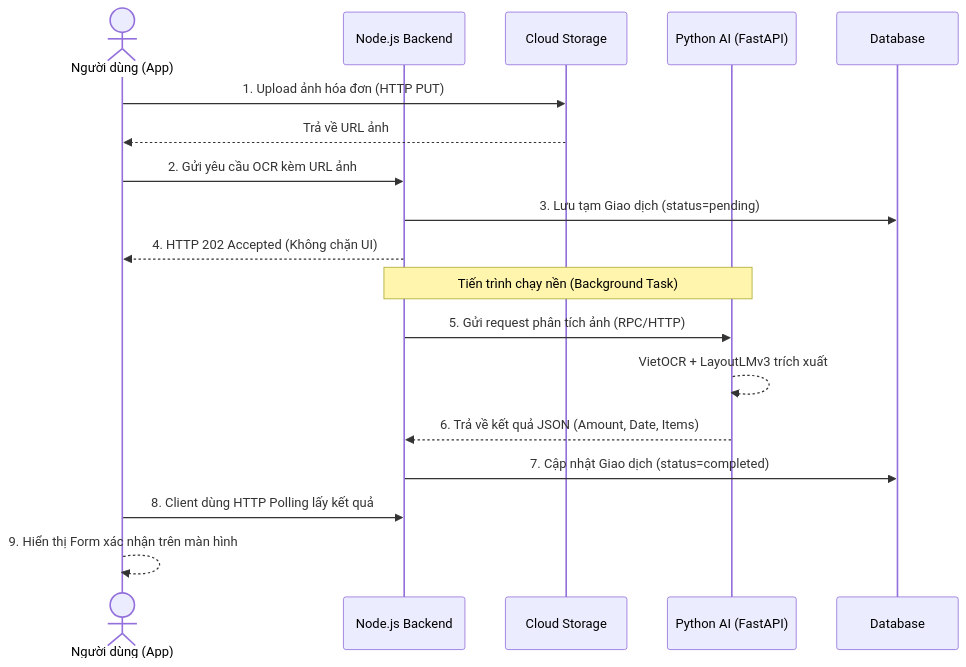
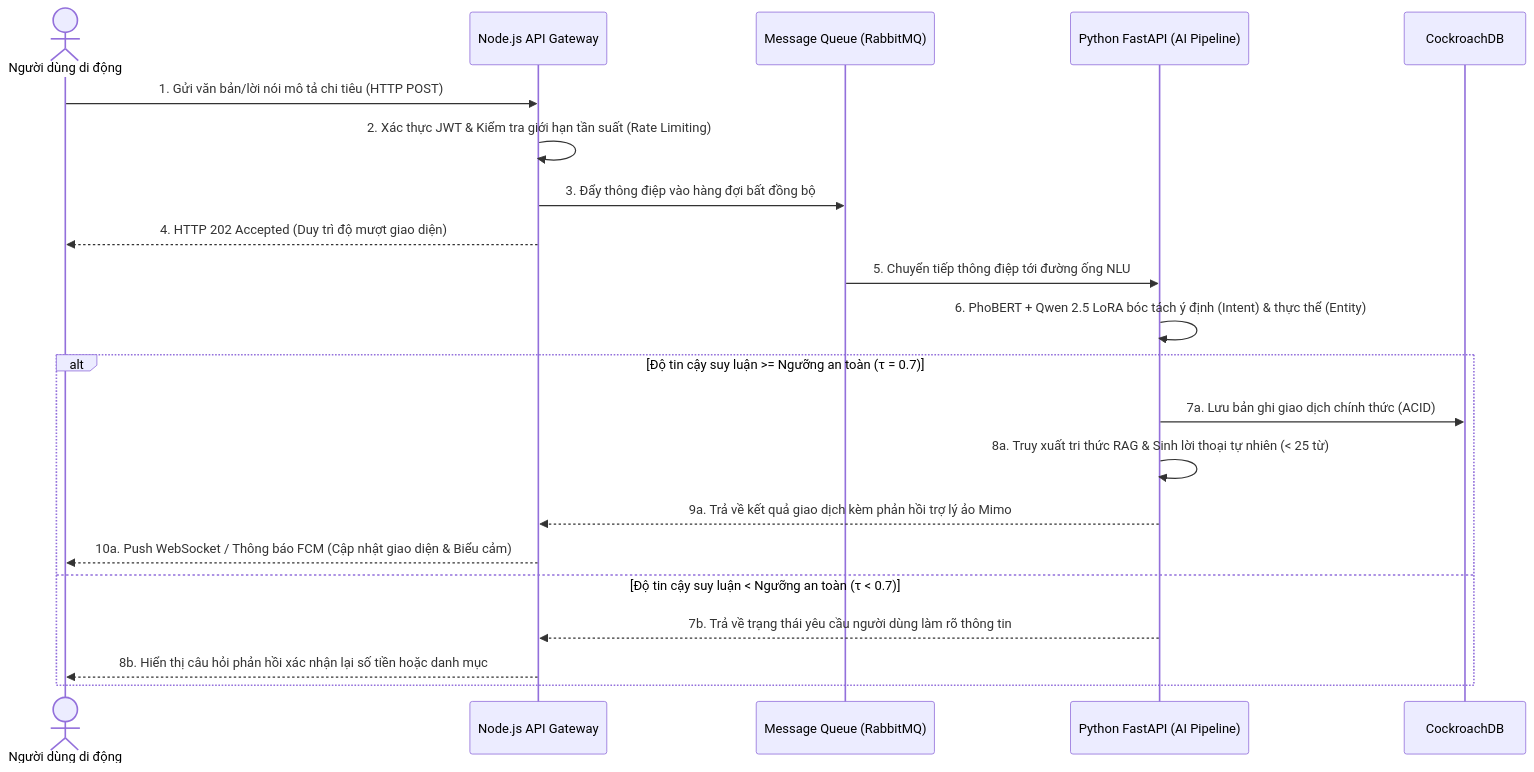
The third of 10 diagrams in Luan_van_Hoan_chinh.md (maikhang160504/spending-diary), drawn with Mermaid before and after one commit. The commit also changed other lines of this file and 18 other files, not shown here.

Commit message:
docs: expand thesis chapters, add architecture diagrams, and compile literature summaries

````diff
--- a/Luan_van_Hoan_chinh.md
+++ b/Luan_van_Hoan_chinh.md
@@ -289,23 +701,26 @@
 ```mermaid
 sequenceDiagram
-    actor U as Người dùng (App)
-    participant B as Node.js Backend
-    participant R2 as Cloud Storage
-    participant AI as Python AI (FastAPI)
-    participant DB as Database
+    actor U as Người dùng di động
+    participant API as Node.js API Gateway
+    participant Q as Message Queue (RabbitMQ)
+    participant AI as Python FastAPI (AI Pipeline)
+    participant DB as CockroachDB
 
-    U->>R2: 1. Upload ảnh hóa đơn (HTTP PUT)
-    R2-->>U: Trả về URL ảnh
-    U->>B: 2. Gửi yêu cầu OCR kèm URL ảnh
-    B->>DB: 3. Lưu tạm Giao dịch (status=pending)
-    B-->>U: 4. HTTP 202 Accepted (Không chặn UI)
+    U->>API: 1. Gửi văn bản/lời nói mô tả chi tiêu (HTTP POST)
+    API->>API: 2. Xác thực JWT & Kiểm tra giới hạn tần suất (Rate Limiting)
+    API->>Q: 3. Đẩy thông điệp vào hàng đợi bất đồng bộ
+    API-->>U: 4. HTTP 202 Accepted (Duy trì độ mượt giao diện)
     
-    note over B,AI: Tiến trình chạy nền (Background Task)
-    B->>AI: 5. Gửi request phân tích ảnh (RPC/HTTP)
-    AI-->>AI: VietOCR + LayoutLMv3 trích xuất
-    AI-->>B: 6. Trả về kết quả JSON (Amount, Date, Items)
+    Q->>AI: 5. Chuyển tiếp thông điệp tới đường ống NLU
+    AI->>AI: 6. PhoBERT + Qwen 2.5 LoRA bóc tách ý định (Intent) & thực thể (Entity)
     
-    B->>DB: 7. Cập nhật Giao dịch (status=completed)
-    U->>B: 8. Client dùng HTTP Polling lấy kết quả
-    U-->>U: 9. Hiển thị Form xác nhận trên màn hình
+    alt Độ tin cậy suy luận >= Ngưỡng an toàn (τ = 0.7)
+        AI->>DB: 7a. Lưu bản ghi giao dịch chính thức (ACID)
+        AI->>AI: 8a. Truy xuất tri thức RAG & Sinh lời thoại tự nhiên (< 25 từ)
+        AI-->>API: 9a. Trả về kết quả giao dịch kèm phản hồi trợ lý ảo Mimo
+        API-->>U: 10a. Push WebSocket / Thông báo FCM (Cập nhật giao diện & Biểu cảm)
+    else Độ tin cậy suy luận < Ngưỡng an toàn (τ < 0.7)
+        AI-->>API: 7b. Trả về trạng thái yêu cầu người dùng làm rõ thông tin
+        API-->>U: 8b. Hiển thị câu hỏi phản hồi xác nhận lại số tiền hoặc danh mục
+    end
 ```
````
